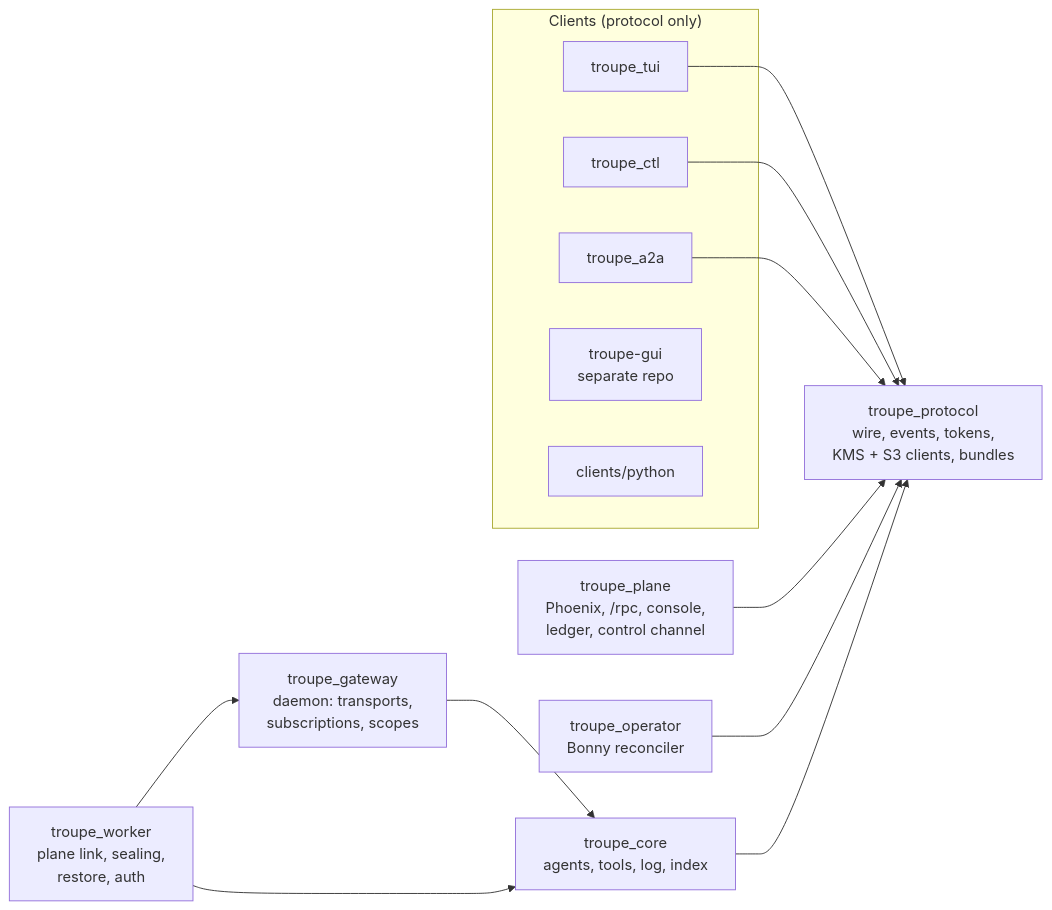
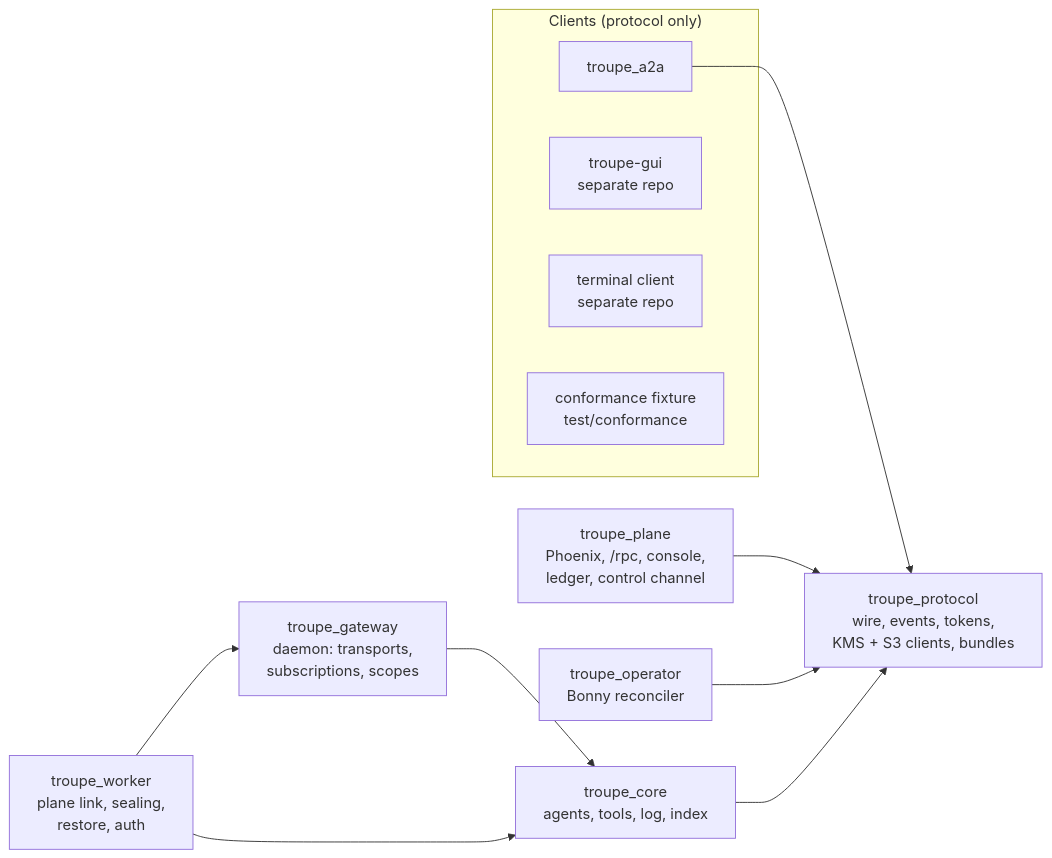
Before and after one commit to it-minds/troupe: the first of 5 diagrams in docs/whitepaper.md, drawn with Mermaid. The commit also changed other lines of this file and 99 other files, not shown here.

````diff
--- a/docs/whitepaper.md
+++ b/docs/whitepaper.md
@@ -46,26 +51,23 @@
 ```mermaid
 flowchart LR
   subgraph clients["Clients (protocol only)"]
-    tui[troupe_tui]
-    ctl[troupe_ctl]
     a2a[troupe_a2a]
     gui[troupe-gui<br/>separate repo]
-    py[clients/python]
+    cli[terminal client<br/>separate repo]
+    py[conformance fixture<br/>test/conformance]
   end
   proto[troupe_protocol<br/>wire, events, tokens,<br/>KMS + S3 clients, bundles]
   core[troupe_core<br/>agents, tools, log, index]
   gw[troupe_gateway<br/>daemon: transports,<br/>subscriptions, scopes]
   worker[troupe_worker<br/>plane link, sealing,<br/>restore, auth]
   plane[troupe_plane<br/>Phoenix, /rpc, console,<br/>ledger, control channel]
   op[troupe_operator<br/>Bonny reconciler]
 
-  tui --> proto
-  ctl --> proto
   a2a --> proto
   plane --> proto
   op --> proto
   core --> proto
   gw --> core
   worker --> gw
   worker --> core
 ```
````
